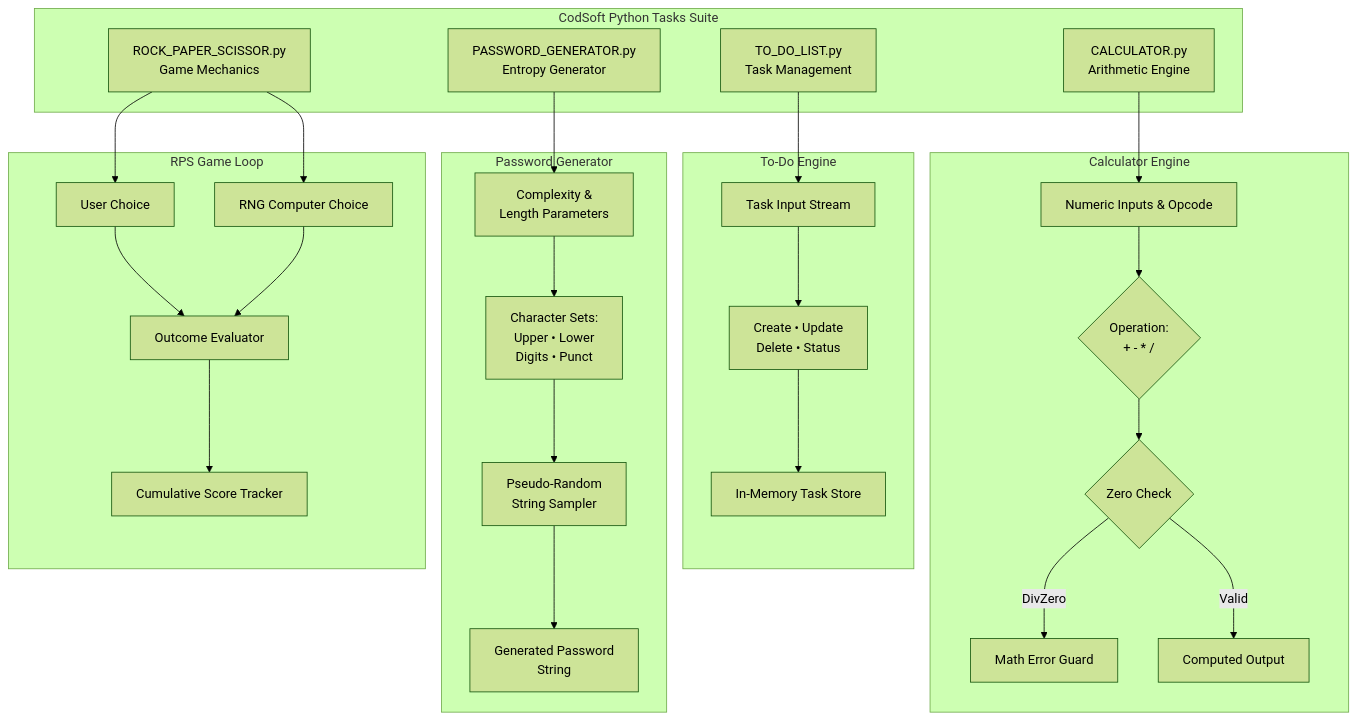
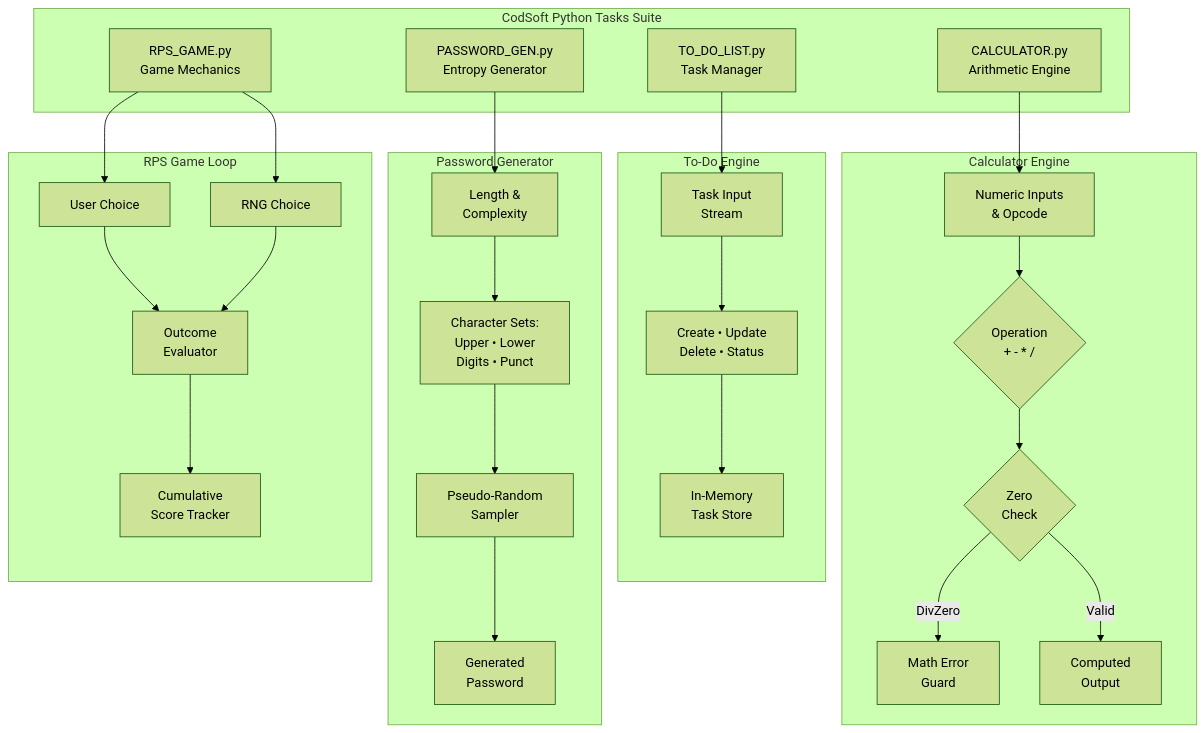
One commit to ISBANDURAHUMAN-R/BASIC_PYTHON_APPLICATIONS changed the diagram in README.md. Above: the diagram before and after it, drawn with Mermaid (forest theme).

Commit message:
docs: fix Mermaid label truncation with line wrapping and non-clipping padding

````diff
--- a/README.md
+++ b/README.md
@@ -19,37 +19,37 @@
 ```mermaid
 graph TD
-    subgraph Suite ["CodSoft Python Tasks Suite"]
-        T1["TO_DO_LIST.py<br/>Task Management"]
-        T2["CALCULATOR.py<br/>Arithmetic Engine"]
-        T3["PASSWORD_GENERATOR.py<br/>Entropy Generator"]
-        T4["ROCK_PAPER_SCISSOR.py<br/>Game Mechanics"]
+    subgraph Suite ["&nbsp; CodSoft Python Tasks Suite &nbsp;"]
+        T1["&nbsp; TO_DO_LIST.py &nbsp;<br/>&nbsp; Task Manager &nbsp;"]
+        T2["&nbsp; CALCULATOR.py &nbsp;<br/>&nbsp; Arithmetic Engine &nbsp;"]
+        T3["&nbsp; PASSWORD_GEN.py &nbsp;<br/>&nbsp; Entropy Generator &nbsp;"]
+        T4["&nbsp; RPS_GAME.py &nbsp;<br/>&nbsp; Game Mechanics &nbsp;"]
     end
 
-    subgraph T1Logic ["To-Do Engine"]
-        T1 --> T1In["Task Input Stream"]
-        T1In --> T1Ops["Create • Update<br/>Delete • Status"]
-        T1Ops --> T1Mem["In-Memory Task Store"]
+    subgraph T1Logic ["&nbsp; To-Do Engine &nbsp;"]
+        T1 --> T1In["&nbsp; Task Input &nbsp;<br/>&nbsp; Stream &nbsp;"]
+        T1In --> T1Ops["&nbsp; Create • Update &nbsp;<br/>&nbsp; Delete • Status &nbsp;"]
+        T1Ops --> T1Mem["&nbsp; In-Memory &nbsp;<br/>&nbsp; Task Store &nbsp;"]
     end
 
-    subgraph T2Logic ["Calculator Engine"]
-        T2 --> T2In["Numeric Inputs & Opcode"]
-        T2In --> T2Eval{"Operation:<br/>+ - * /"}
-        T2Eval --> T2Div{"Zero Check"}
-        T2Div -- DivZero --> T2Err["Math Error Guard"]
-        T2Div -- Valid --> T2Res["Computed Output"]
+    subgraph T2Logic ["&nbsp; Calculator Engine &nbsp;"]
+        T2 --> T2In["&nbsp; Numeric Inputs &nbsp;<br/>&nbsp; &amp; Opcode &nbsp;"]
+        T2In --> T2Eval{"&nbsp; Operation &nbsp;<br/>&nbsp; + - * / &nbsp;"}
+        T2Eval --> T2Div{"&nbsp; Zero &nbsp;<br/>&nbsp; Check &nbsp;"}
+        T2Div -- DivZero --> T2Err["&nbsp; Math Error &nbsp;<br/>&nbsp; Guard &nbsp;"]
+        T2Div -- Valid --> T2Res["&nbsp; Computed &nbsp;<br/>&nbsp; Output &nbsp;"]
     end
 
-    subgraph T3Logic ["Password Generator"]
-        T3 --> T3Len["Complexity &<br/>Length Parameters"]
-        T3Len --> T3Charset["Character Sets:<br/>Upper • Lower<br/>Digits • Punct"]
-        T3Charset --> T3RNG["Pseudo-Random<br/>String Sampler"]
-        T3RNG --> T3Pass["Generated Password<br/>String"]
+    subgraph T3Logic ["&nbsp; Password Generator &nbsp;"]
+        T3 --> T3Len["&nbsp; Length &amp; &nbsp;<br/>&nbsp; Complexity &nbsp;"]
+        T3Len --> T3Charset["&nbsp; Character Sets: &nbsp;<br/>&nbsp; Upper • Lower &nbsp;<br/>&nbsp; Digits • Punct &nbsp;"]
+        T3Charset --> T3RNG["&nbsp; Pseudo-Random &nbsp;<br/>&nbsp; Sampler &nbsp;"]
+        T3RNG --> T3Pass["&nbsp; Generated &nbsp;<br/>&nbsp; Password &nbsp;"]
     end
 
-    subgraph T4Logic ["RPS Game Loop"]
-        T4 --> T4User["User Choice"]
-        T4 --> T4Bot["RNG Computer Choice"]
-        T4User & T4Bot --> T4Judge["Outcome Evaluator"]
-        T4Judge --> T4Score["Cumulative Score Tracker"]
+    subgraph T4Logic ["&nbsp; RPS Game Loop &nbsp;"]
+        T4 --> T4User["&nbsp; User Choice &nbsp;"]
+        T4 --> T4Bot["&nbsp; RNG Choice &nbsp;"]
+        T4User & T4Bot --> T4Judge["&nbsp; Outcome &nbsp;<br/>&nbsp; Evaluator &nbsp;"]
+        T4Judge --> T4Score["&nbsp; Cumulative &nbsp;<br/>&nbsp; Score Tracker &nbsp;"]
     end
 ```
````
